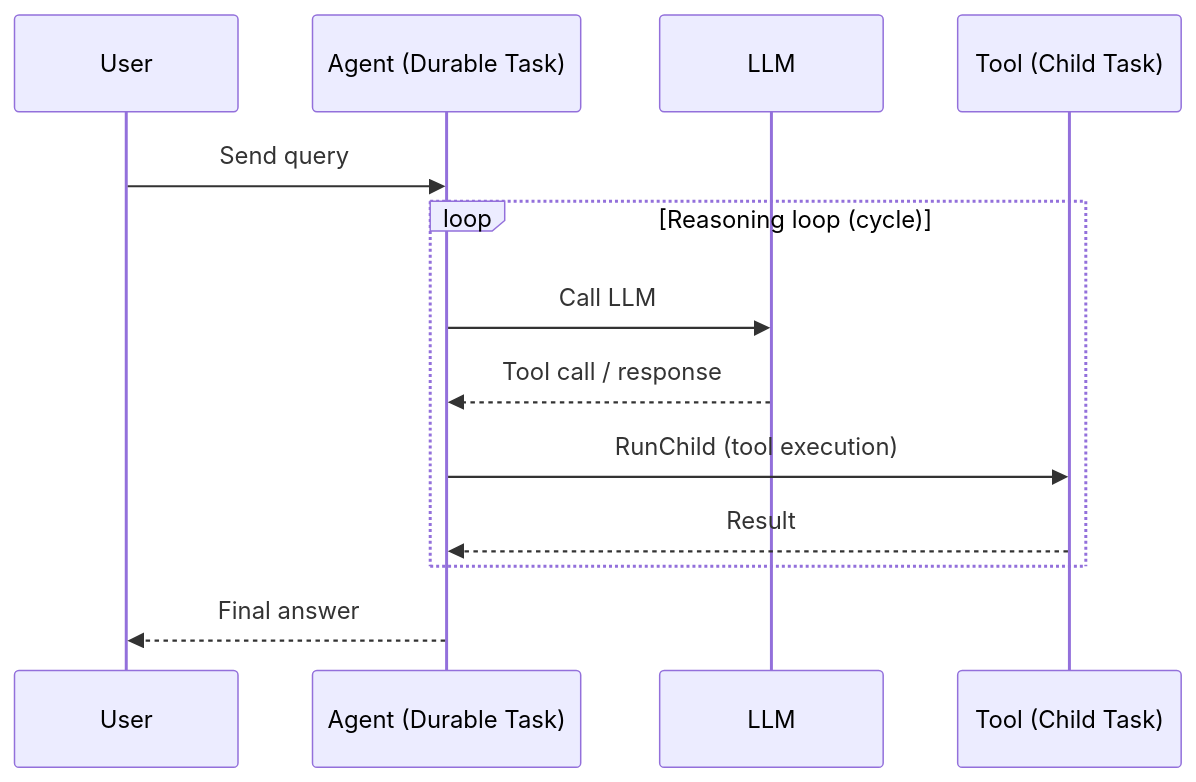
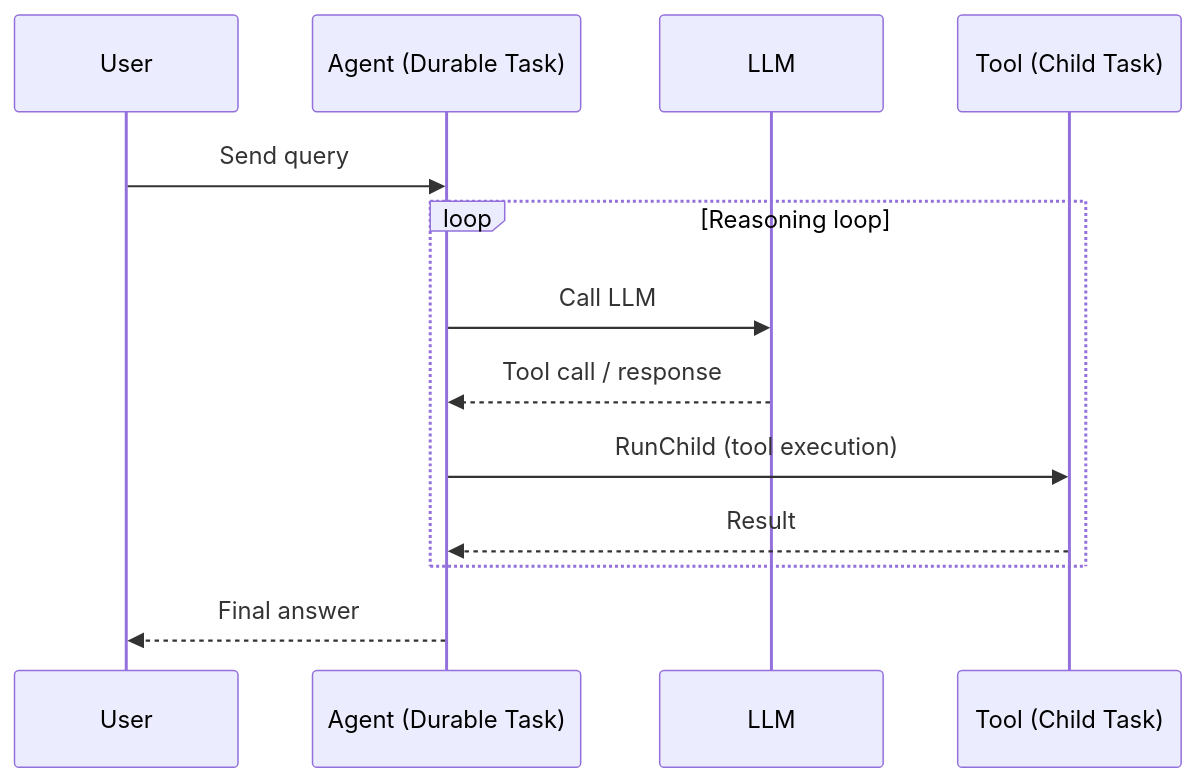
Before and after one commit to hatchet-dev/hatchet: the diagram in frontend/docs/pages/guides/ai-agents/index.mdx, drawn with Mermaid. The commit also changed other lines of this file and 103 other files, not shown here.

````diff
--- a/frontend/docs/pages/guides/ai-agents/index.mdx
+++ b/frontend/docs/pages/guides/ai-agents/index.mdx
@@ -9,16 +16,16 @@
 ```mermaid
 sequenceDiagram
     participant U as User
     participant A as Agent (Durable Task)
     participant L as LLM
     participant T as Tool (Child Task)
 
     U->>A: Send query
-    loop Reasoning loop (cycle)
+    loop Reasoning loop
         A->>L: Call LLM
         L-->>A: Tool call / response
         A->>T: RunChild (tool execution)
         T-->>A: Result
     end
     A-->>U: Final answer
 ```
````
